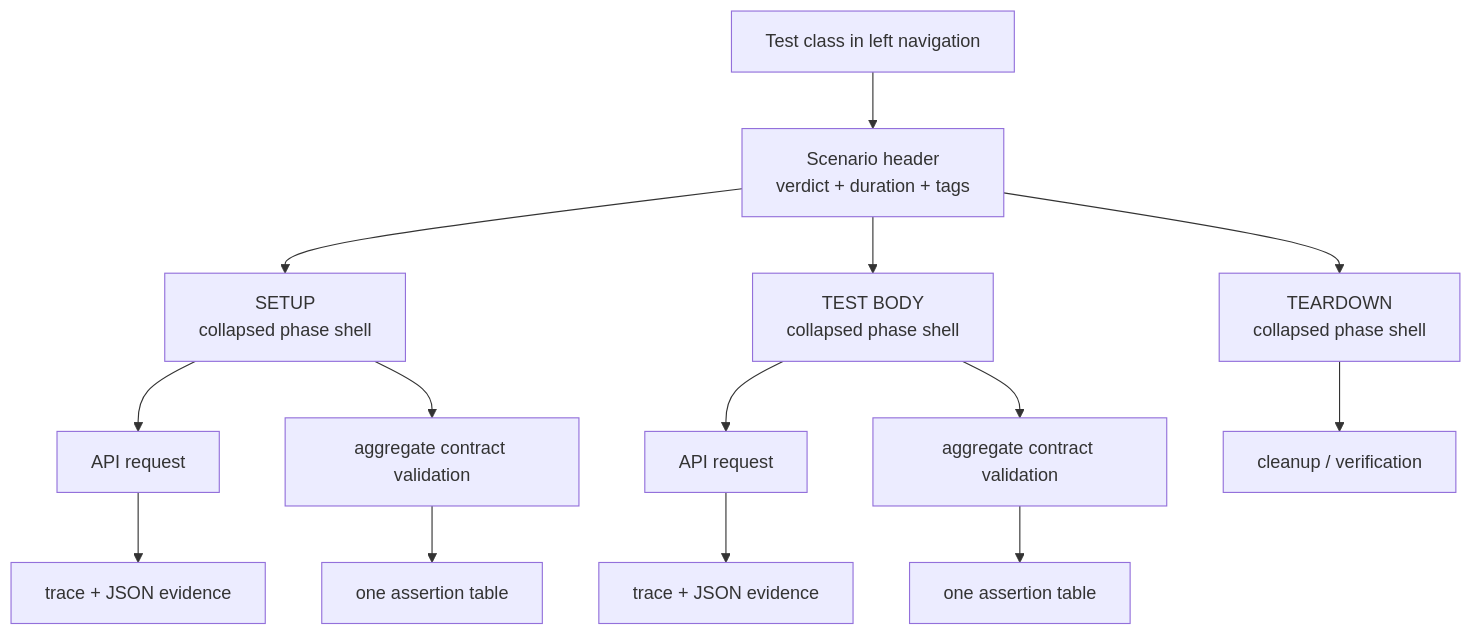
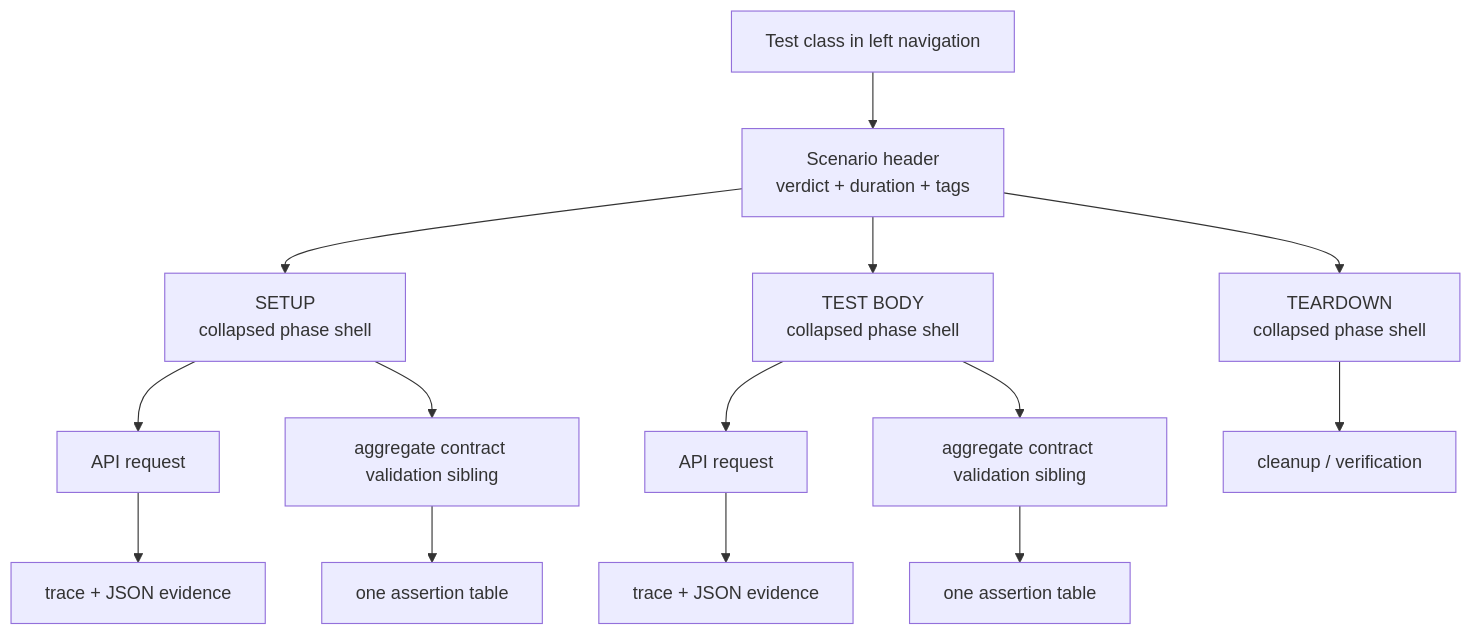
One commit to crististefanita/CS1 changed the fifth of 8 diagrams in docs/ATF_Architecture.md. Above: the diagram before and after it, drawn with Mermaid. The commit also changed other lines of this file and 128 other files, not shown here.

Commit message:
Refactor ATF reporting and expand test architecture

````diff
--- a/docs/ATF_Architecture.md
+++ b/docs/ATF_Architecture.md
@@ -143,16 +145,16 @@
 ```mermaid
 flowchart TD
     Class[Test class in left navigation] --> Scenario[Scenario header\nverdict + duration + tags]
     Scenario --> Setup[SETUP\ncollapsed phase shell]
     Scenario --> Body[TEST BODY\ncollapsed phase shell]
     Scenario --> Teardown[TEARDOWN\ncollapsed phase shell]
     Setup --> SetupRequest[API request]
     SetupRequest --> SetupTrace[trace + JSON evidence]
-    Setup --> SetupValidation[aggregate contract validation]
+    Setup --> SetupValidation[aggregate contract validation sibling]
     SetupValidation --> SetupTable[one assertion table]
     Body --> BodyRequest[API request]
     BodyRequest --> BodyTrace[trace + JSON evidence]
-    Body --> BodyValidation[aggregate contract validation]
+    Body --> BodyValidation[aggregate contract validation sibling]
     BodyValidation --> BodyTable[one assertion table]
     Teardown --> Cleanup[cleanup / verification]
 ```
````
